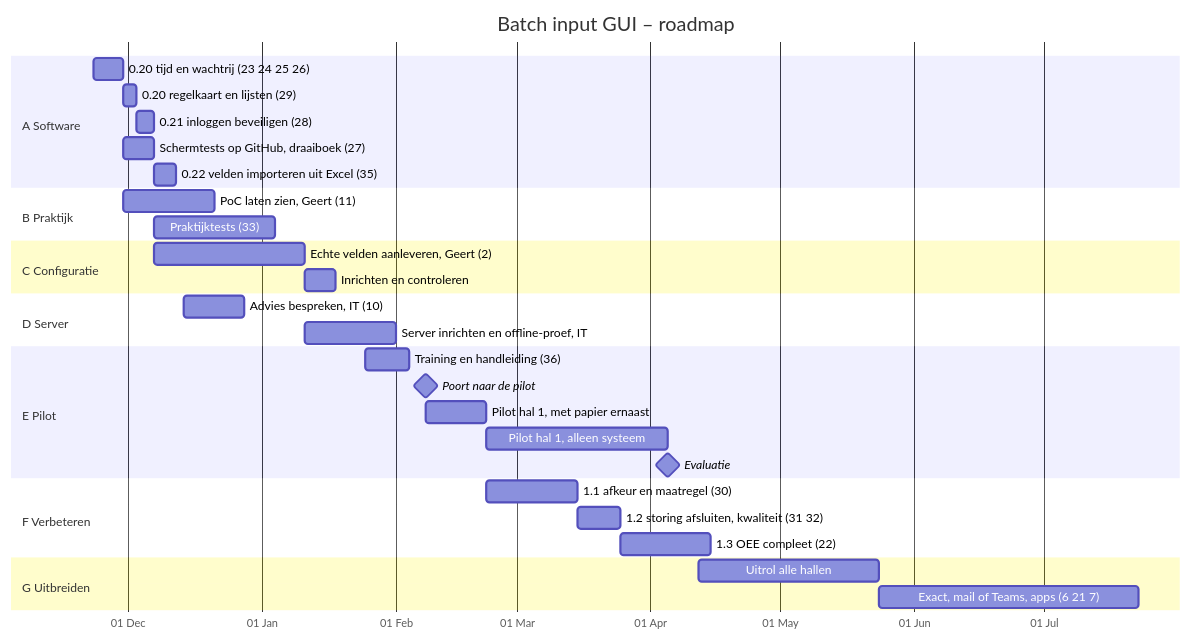
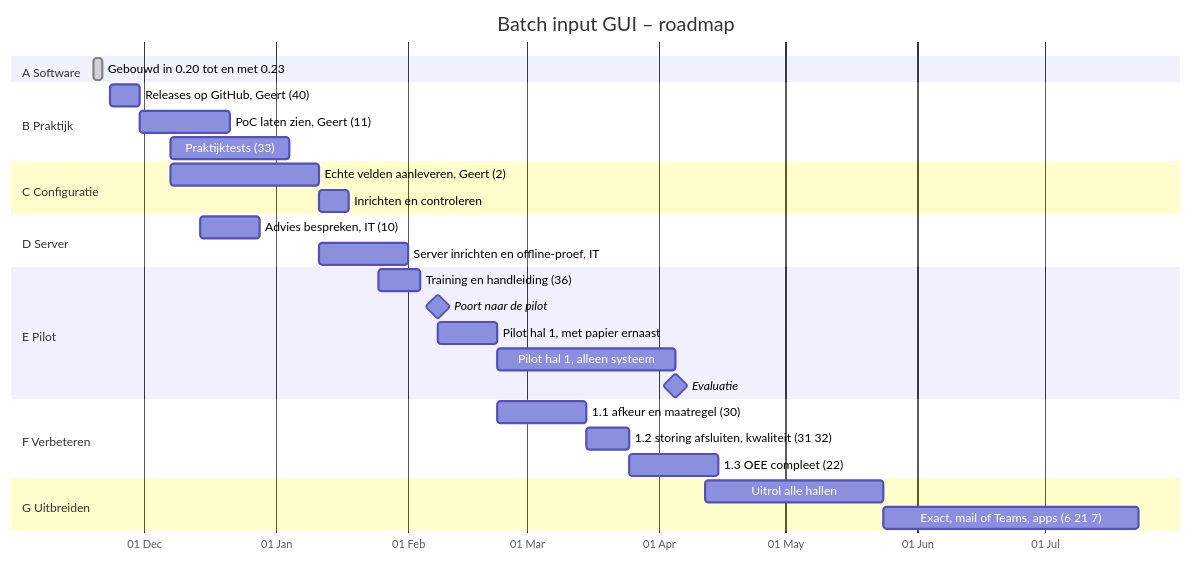
One commit to Gertjun/Manufacturing-Execution-System changed the diagram in ROADMAP.md. Above: the diagram before and after it, drawn with Mermaid. The commit also changed other lines of this file and 6 other files, not shown here.

````diff
--- a/ROADMAP.md
+++ b/ROADMAP.md
@@ -12,42 +12,39 @@
 ```mermaid
 gantt
     title Batch input GUI – roadmap
     dateFormat YYYY-MM-DD
     axisFormat %d %b
     todayMarker on
 
     section A Software
-    0.20 tijd en wachtrij (23 24 25 26)      :a1, 2026-11-23, 7d
-    0.20 regelkaart en lijsten (29)          :a2, after a1, 3d
-    0.21 inloggen beveiligen (28)            :a3, after a2, 4d
-    Schermtests op GitHub, draaiboek (27)    :a4, after a1, 7d
-    0.22 velden importeren uit Excel (35)    :a5, after a3, 5d
+    Gebouwd in 0.20 tot en met 0.23          :done, a1, 2026-11-19, 2d
 
     section B Praktijk
+    Releases op GitHub, Geert (40)           :b0, 2026-11-23, 7d
     PoC laten zien, Geert (11)               :b1, 2026-11-30, 21d
     Praktijktests (33)                       :b2, 2026-12-07, 28d
 
     section C Configuratie
     Echte velden aanleveren, Geert (2)       :c1, 2026-12-07, 35d
     Inrichten en controleren                 :c2, after c1, 7d
 
     section D Server
     Advies bespreken, IT (10)                :d1, 2026-12-14, 14d
     Server inrichten en offline-proef, IT    :d2, 2027-01-11, 21d
 
     section E Pilot
     Training en handleiding (36)             :e0, 2027-01-25, 10d
     Poort naar de pilot                      :milestone, m1, 2027-02-08, 0d
     Pilot hal 1, met papier ernaast          :e1, 2027-02-08, 14d
     Pilot hal 1, alleen systeem              :e2, after e1, 42d
     Evaluatie                                :milestone, m2, 2027-04-05, 0d
 
     section F Verbeteren
     1.1 afkeur en maatregel (30)             :f1, 2027-02-22, 21d
     1.2 storing afsluiten, kwaliteit (31 32) :f2, after f1, 10d
     1.3 OEE compleet (22)                    :f3, after f2, 21d
 
     section G Uitbreiden
     Uitrol alle hallen                       :g1, 2027-04-12, 42d
     Exact, mail of Teams, apps (6 21 7)      :g2, 2027-05-24, 60d
 ```
````
